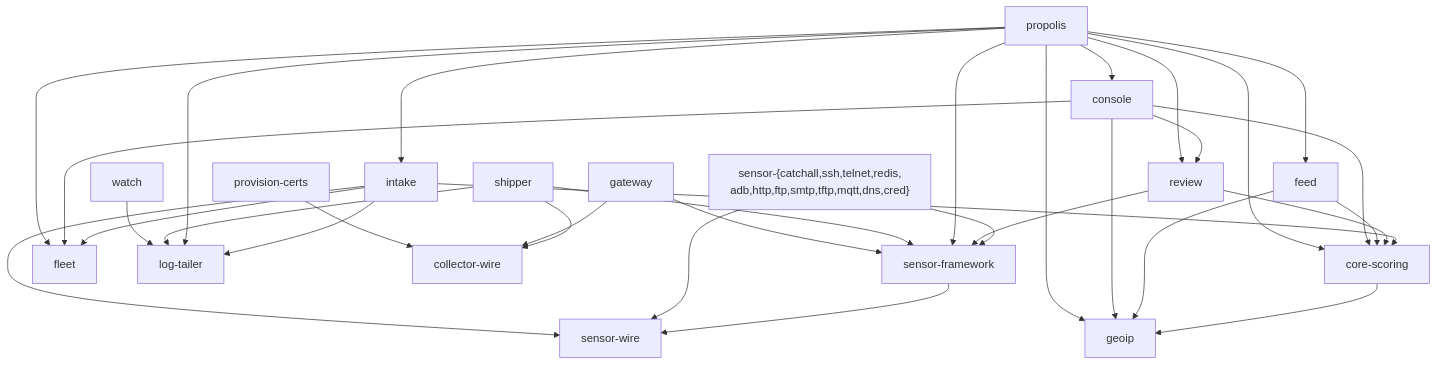
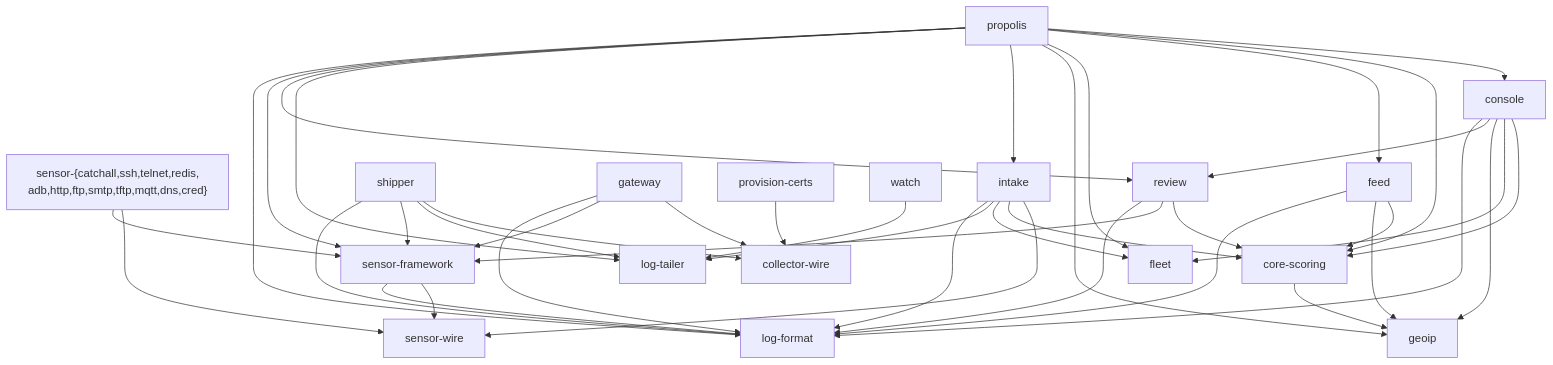
One commit to brandontroidl/Propolis changed the diagram in docs/architecture/components.md. Above: the diagram before and after it, drawn with Mermaid. The commit also changed other lines of this file and 45 other files, not shown here.

````diff
--- a/docs/architecture/components.md
+++ b/docs/architecture/components.md
@@ -83,53 +84,62 @@
 ```mermaid
 graph TD
   wire[sensor-wire]
   core[core-scoring]
   geoip[geoip]
   fleet[fleet]
   tailer[log-tailer]
+  logfmt[log-format]
   cwire[collector-wire]
   fw[sensor-framework]
   sensors["sensor-{catchall,ssh,telnet,redis,<br/>adb,http,ftp,smtp,tftp,mqtt,dns,cred}"]
   intake[intake]
   review[review]
   feed[feed]
   console[console]
   propolis[propolis]
   shipper[shipper]
   gateway[gateway]
   certs[provision-certs]
   watchc[watch]
 
   core --> geoip
   fw --> wire
+  fw --> logfmt
   sensors --> wire
   sensors --> fw
   intake --> wire
   intake --> core
   intake --> fleet
   intake --> tailer
+  intake --> logfmt
   review --> core
   review --> fw
+  review --> logfmt
   feed --> core
   feed --> geoip
+  feed --> logfmt
   console --> core
   console --> fleet
   console --> geoip
   console --> review
+  console --> logfmt
   propolis --> console
   propolis --> core
   propolis --> feed
   propolis --> fleet
   propolis --> geoip
   propolis --> intake
   propolis --> tailer
   propolis --> review
   propolis --> fw
+  propolis --> logfmt
   shipper --> cwire
   shipper --> tailer
   shipper --> fw
+  shipper --> logfmt
   gateway --> cwire
   gateway --> fw
+  gateway --> logfmt
   certs --> cwire
   watchc --> tailer
 ```
````
